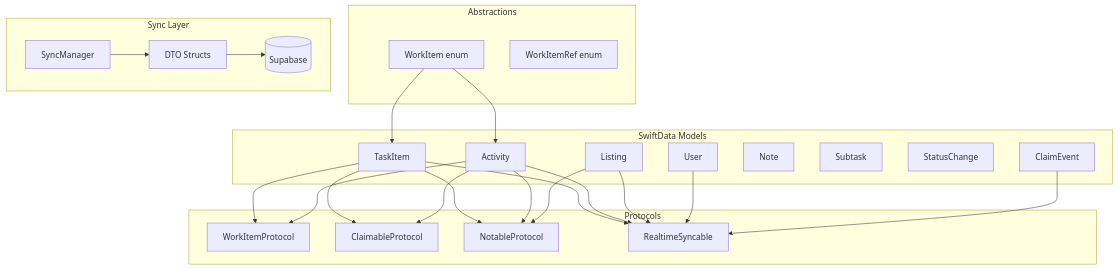
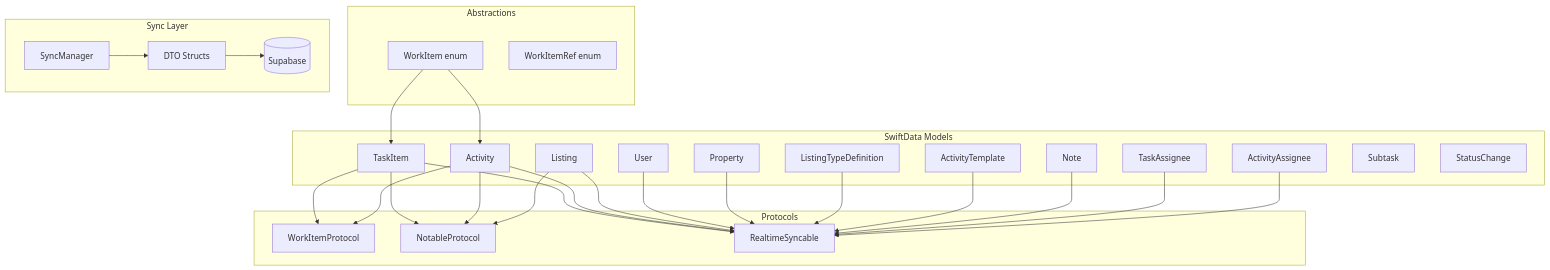
One commit to ArchieOS-org/Dispatch changed the first of 3 diagrams in DATA_SYSTEM.md. Above: the diagram before and after it, drawn with Mermaid. The commit also changed other lines of this file, not shown here.

````diff
--- a/DATA_SYSTEM.md
+++ b/DATA_SYSTEM.md
@@ -7,54 +7,65 @@
 ```mermaid
 graph TB
     subgraph SwiftData Models
         User
         Listing
         TaskItem
         Activity
+        TaskAssignee
+        ActivityAssignee
+        Property
+        ListingTypeDefinition
+        ActivityTemplate
         Note
         Subtask
         StatusChange
-        ClaimEvent
     end
 
     subgraph Protocols
         WorkItemProtocol
-        ClaimableProtocol
         NotableProtocol
         RealtimeSyncable
     end
 
     subgraph Abstractions
         WorkItem[WorkItem enum]
         WorkItemRef[WorkItemRef enum]
     end
 
     subgraph Sync Layer
         SyncManager
         DTOs[DTO Structs]
         Supabase[(Supabase)]
     end
 
     TaskItem --> WorkItemProtocol
-    TaskItem --> ClaimableProtocol
     TaskItem --> NotableProtocol
     TaskItem --> RealtimeSyncable
 
     Activity --> WorkItemProtocol
-    Activity --> ClaimableProtocol
     Activity --> NotableProtocol
     Activity --> RealtimeSyncable
 
     Listing --> NotableProtocol
     Listing --> RealtimeSyncable
 
     User --> RealtimeSyncable
 
-    ClaimEvent --> RealtimeSyncable
+    Property --> RealtimeSyncable
+
+    ListingTypeDefinition --> RealtimeSyncable
+
+    ActivityTemplate --> RealtimeSyncable
+
+    Note --> RealtimeSyncable
+
+    TaskAssignee --> RealtimeSyncable
+
+    ActivityAssignee --> RealtimeSyncable
 
     WorkItem --> TaskItem
     WorkItem --> Activity
 
     SyncManager --> DTOs
     DTOs --> Supabase
 ```
````
